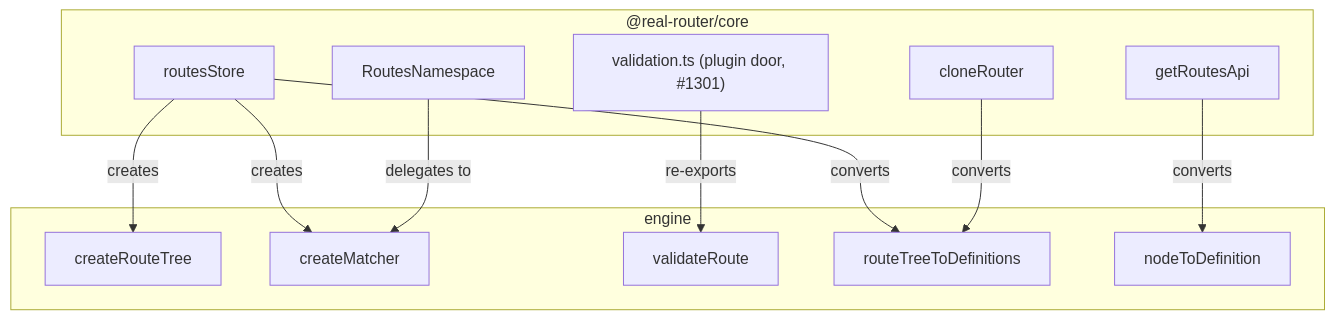
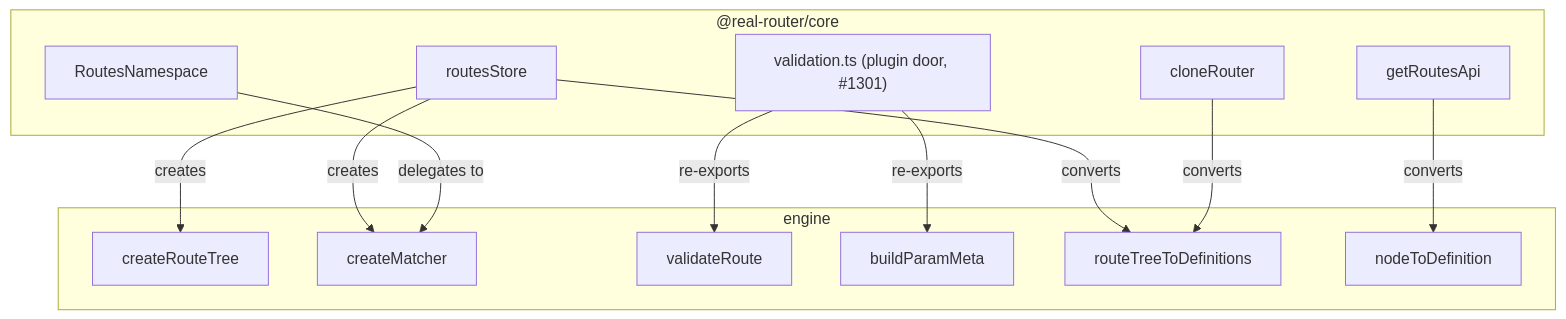
One commit to greydragon888/real-router changed the third of 3 diagrams in packages/core/src/engine/ARCHITECTURE.md. Above: the diagram before and after it, drawn with Mermaid. The commit also changed other lines of this file and 26 other files, not shown here.

````diff
--- a/packages/core/src/engine/ARCHITECTURE.md
+++ b/packages/core/src/engine/ARCHITECTURE.md
@@ -329,26 +329,28 @@
 ```mermaid
 graph TD
     subgraph core ["@real-router/core"]
         RN[RoutesNamespace]
         RS[routesStore]
         VAL["validation.ts (plugin door, #1301)"]
         GR[getRoutesApi]
         CR[cloneRouter]
     end
 
     subgraph rt [engine]
         CRT[createRouteTree]
         CM[createMatcher]
         VR[validateRoute]
+        BPM2[buildParamMeta]
         RTD[routeTreeToDefinitions]
         NTD[nodeToDefinition]
     end
 
     RS -->|creates| CRT
     RS -->|creates| CM
     RS -->|converts| RTD
     VAL -->|re-exports| VR
+    VAL -->|re-exports| BPM2
     RN -->|delegates to| CM
     CR -->|converts| RTD
     GR -->|converts| NTD
 ```
````
